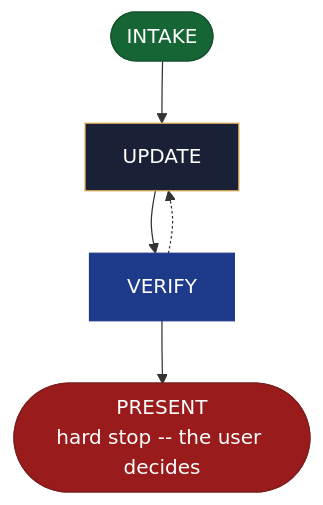
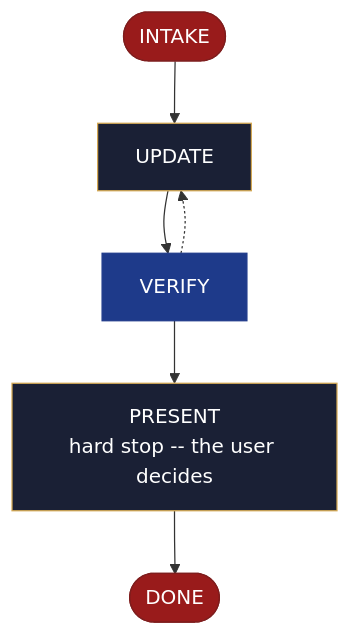
Before and after one commit to AndreVianna/aid-methodology: the diagram in site/src/content/docs/skills/aid-update-cicd.md, drawn with Mermaid. The commit also changed other lines of this file and 195 other files, not shown here.

First line of the commit message:
delivery-002 review fix (cycle 1): sub-step pointers are notes, not advance lines; orchestrate under its line cap, question rule cited not restated; residual flow rungs read advance words; site regenerated; ledger rows marked Fixed (D3-11 left open)

````diff
--- a/site/src/content/docs/skills/aid-update-cicd.md
+++ b/site/src/content/docs/skills/aid-update-cicd.md
@@ -20,25 +20,29 @@
 ```mermaid
 flowchart TB
   classDef aidNode color:#fff
   classDef aidEntry fill:#166534,stroke:#14532d,color:#fff
   classDef aidExit fill:#991b1b,stroke:#7f1d1d,color:#fff
   classDef aidDecision fill:#92400e,stroke:#78350f,color:#fff
   classDef aidLoopBack fill:#1e3a8a,stroke:#1e3a8a,color:#fff
   classDef aidStep fill:#1a2035,stroke:#d4a853,color:#f1f5f9
   n1(["INTAKE"])
   n2["UPDATE"]
   n3["VERIFY"]
-  n4(["PRESENT<br/>hard stop -- the user decides"])
+  n4["PRESENT<br/>hard stop -- the user decides"]
+  n5(["DONE"])
   n1 --> n2
   n2 --> n3
   n3 -.-> n2
   n3 --> n4
-  class n1 aidEntry
+  n4 --> n5
+  class n1 aidExit
   class n2 aidStep
   class n3 aidLoopBack
-  class n4 aidExit
+  class n4 aidStep
+  class n5 aidExit
   class n1 aidNode
   class n2 aidNode
   class n3 aidNode
   class n4 aidNode
+  class n5 aidNode
 ```
````
